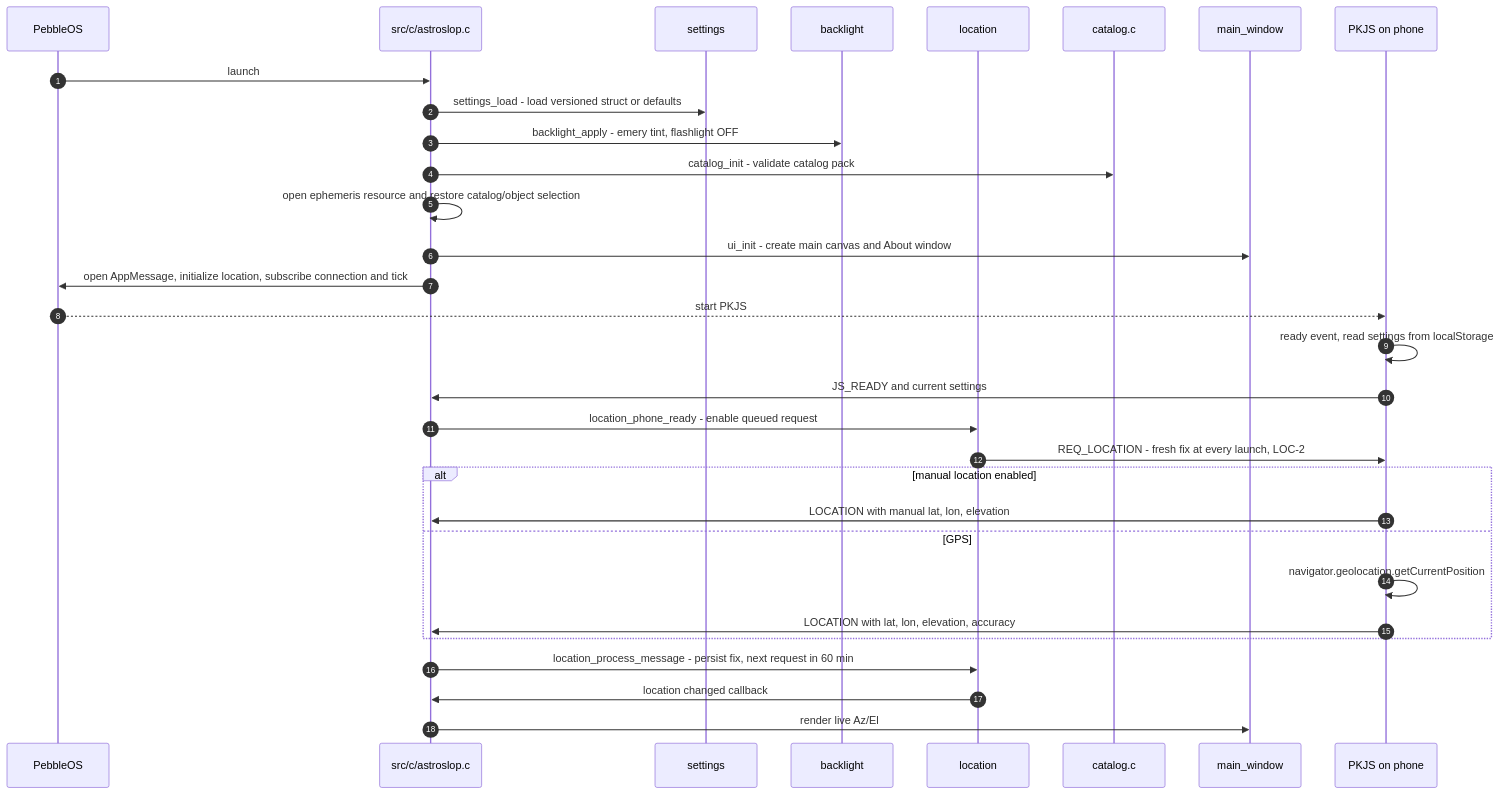
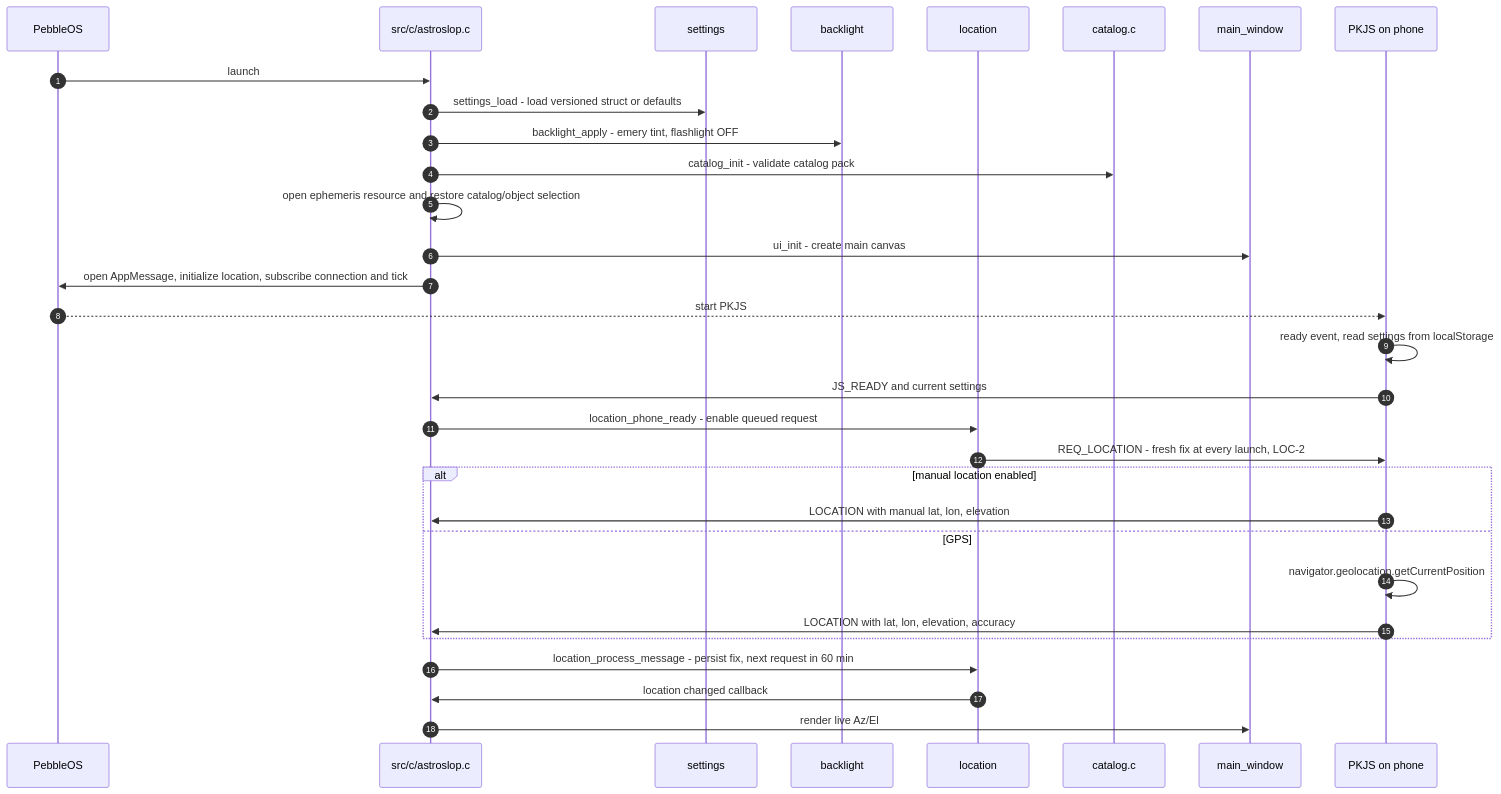
The second of 10 diagrams in docs/DESIGN.md (ewsandor/AstroSlop), drawn with Mermaid before and after one commit. The commit also changed other lines of this file and 12 other files, not shown here.

````diff
--- a/docs/DESIGN.md
+++ b/docs/DESIGN.md
@@ -460,34 +458,34 @@
 ```mermaid
 sequenceDiagram
     autonumber
     participant OS as PebbleOS
     participant M as src/c/astroslop.c
     participant S as settings
     participant BL as backlight
     participant L as location
     participant R as catalog.c
     participant UI as main_window
     participant JS as PKJS on phone
 
     OS->>M: launch
     M->>S: settings_load - load versioned struct or defaults
     M->>BL: backlight_apply - emery tint, flashlight OFF
     M->>R: catalog_init - validate catalog pack
     M->>M: open ephemeris resource and restore catalog/object selection
-    M->>UI: ui_init - create main canvas and About window
+    M->>UI: ui_init - create main canvas
     M->>OS: open AppMessage, initialize location, subscribe connection and tick
     OS-->>JS: start PKJS
     JS->>JS: ready event, read settings from localStorage
     JS->>M: JS_READY and current settings
     M->>L: location_phone_ready - enable queued request
     L->>JS: REQ_LOCATION - fresh fix at every launch, LOC-2
     alt manual location enabled
         JS->>M: LOCATION with manual lat, lon, elevation
     else GPS
         JS->>JS: navigator.geolocation.getCurrentPosition
         JS->>M: LOCATION with lat, lon, elevation, accuracy
     end
     M->>L: location_process_message - persist fix, next request in 60 min
     L->>M: location changed callback
     M->>UI: render live Az/El
 ```
````
